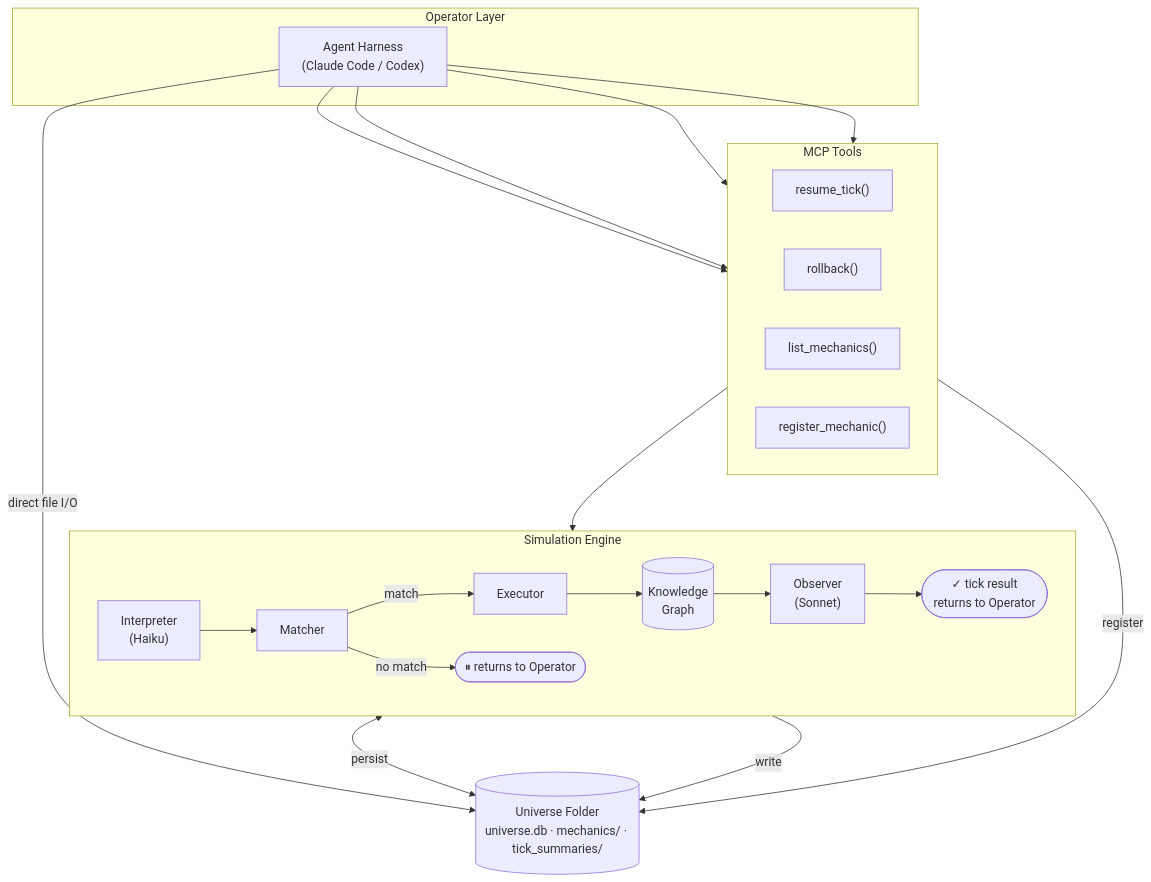
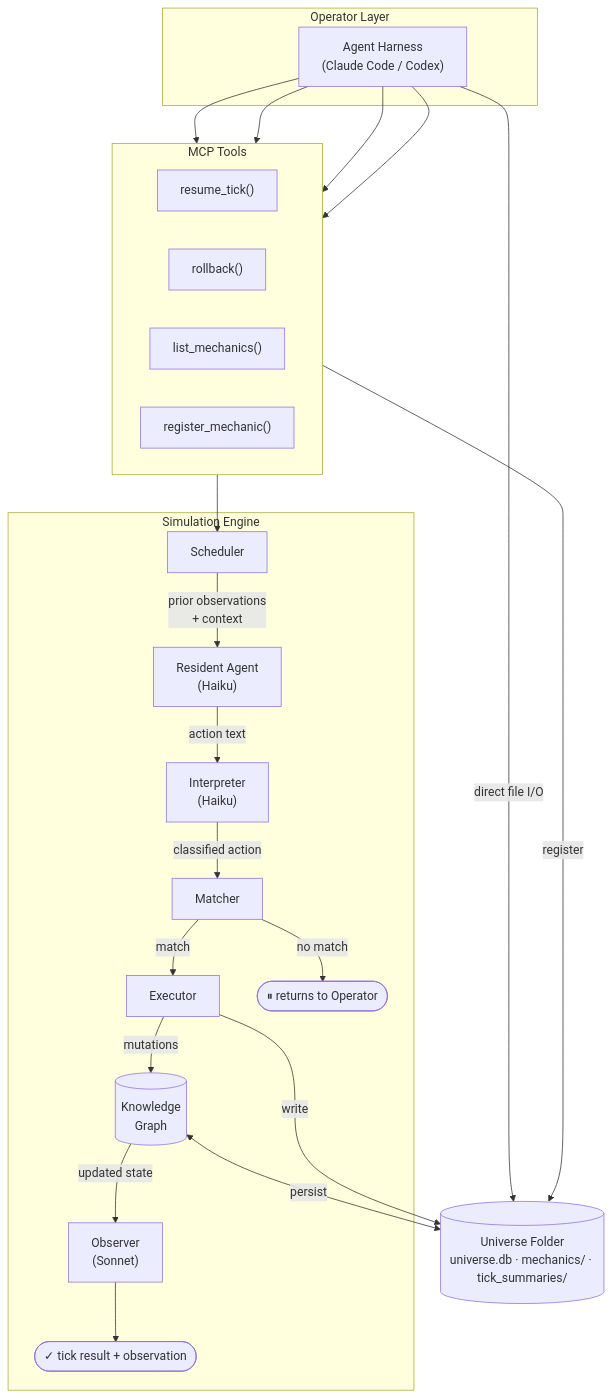
Before and after one commit to reubenjohn/token-world: the first of 3 diagrams in docs/design/architecture.md, drawn with Mermaid. The commit also changed other lines of this file and 1 other file, not shown here.

First line of the commit message:
docs: self-contained operating principles + expanded architecture diagrams

````diff
--- a/docs/design/architecture.md
+++ b/docs/design/architecture.md
@@ -5,33 +5,34 @@
 ```mermaid
 graph TB
     subgraph OL["Operator Layer"]
         OP["Agent Harness\n(Claude Code / Codex)"]
     end
 
     subgraph MCP["MCP Tools"]
         direction LR
         RT["resume_tick()"]
         RB["rollback()"]
         LM["list_mechanics()"]
         RM["register_mechanic()"]
     end
 
     subgraph SE["Simulation Engine"]
-        direction LR
-        AI["Interpreter\n(Haiku)"] --> MM["Matcher"]
+        SC["Scheduler"] -->|"prior observations\n+ context"| RA["Resident Agent\n(Haiku)"]
+        RA -->|"action text"| AI["Interpreter\n(Haiku)"]
+        AI -->|"classified action"| MM["Matcher"]
         MM -->|match| ME["Executor"]
         MM -->|no match| PAUSE(["⏸ returns to Operator"])
-        ME --> KG[("Knowledge\nGraph")]
-        KG --> OG["Observer\n(Sonnet)"]
-        OG --> DONE(["✓ tick result\nreturns to Operator"])
+        ME -->|"mutations"| KG[("Knowledge\nGraph")]
+        KG -->|"updated state"| OG["Observer\n(Sonnet)"]
+        OG --> DONE(["✓ tick result + observation"])
     end
 
     UF[("Universe Folder\nuniverse.db · mechanics/ · tick_summaries/")]
 
     OP --> RT & RB & LM & RM
-    RT --> AI
+    RT --> SC
     RM -->|register| UF
     KG <-->|persist| UF
     ME -->|write| UF
     OP -->|"direct file I/O"| UF
 ```
````
